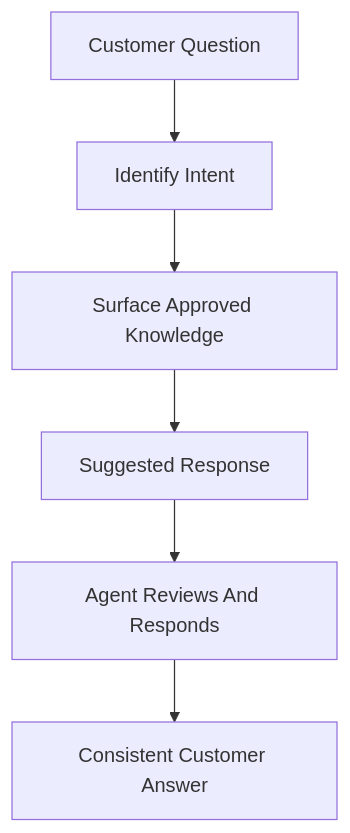
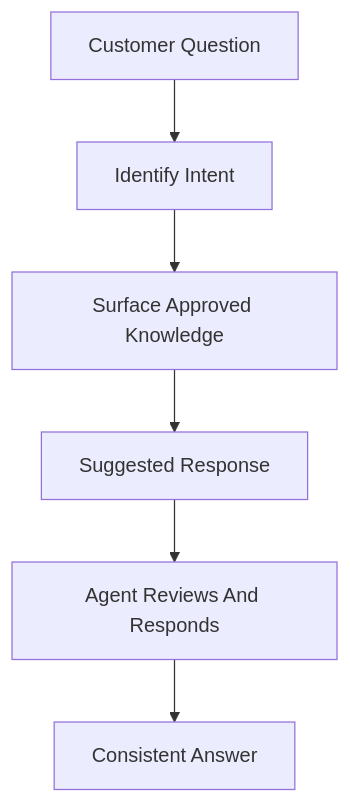
The fifth of 10 diagrams in AI_CookBook/ai-assist-benefits3.md (WebexSamples/webex-ai-agents), drawn with Mermaid before and after one commit. The commit also changed other lines of this file, not shown here.

````diff
--- a/AI_CookBook/ai-assist-benefits3.md
+++ b/AI_CookBook/ai-assist-benefits3.md
@@ -136,8 +135,8 @@
 ```mermaid
 flowchart TD
     Question[Customer Question] --> Intent[Identify Intent]
     Intent --> Knowledge[Surface Approved Knowledge]
     Knowledge --> Suggested[Suggested Response]
     Suggested --> Agent[Agent Reviews And Responds]
-    Agent --> Outcome[Consistent Customer Answer]
+    Agent --> Outcome[Consistent Answer]
 ```
````
